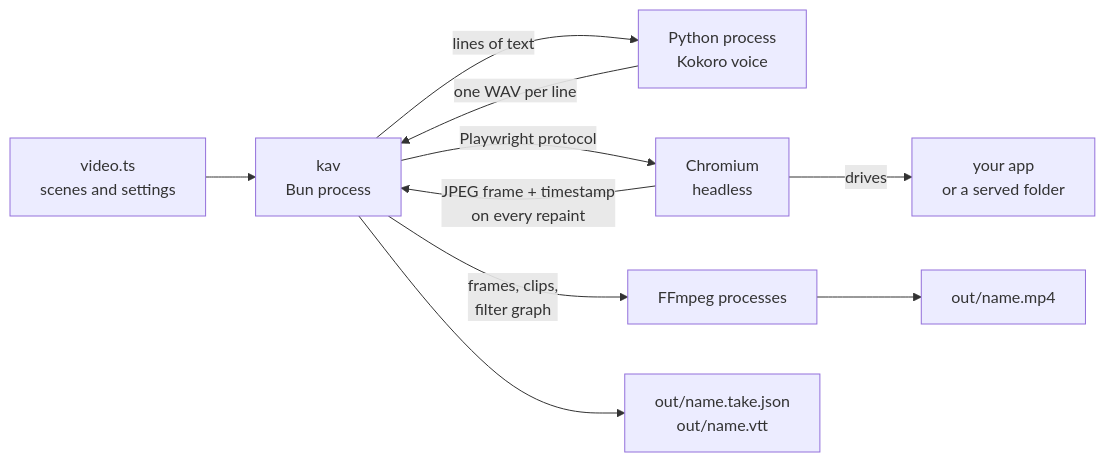
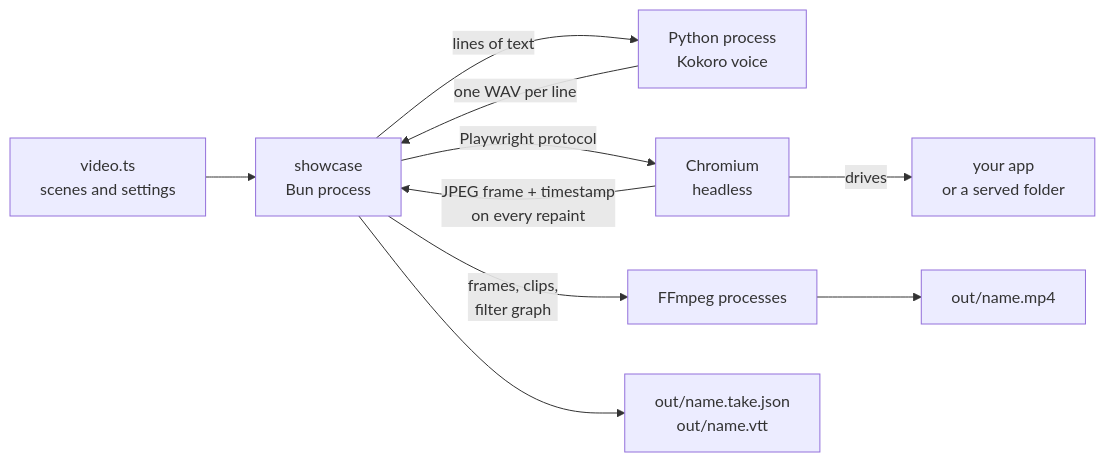
One commit to kwartz-ai/kwartz-showcase changed the first of 4 diagrams in docs/architecture.md. Above: the diagram before and after it, drawn with Mermaid. The commit also changed other lines of this file and 135 other files, not shown here.

````diff
--- a/docs/architecture.md
+++ b/docs/architecture.md
@@ -10,12 +10,12 @@
 ```mermaid
 flowchart LR
-  V[video.ts<br/>scenes and settings] --> K[kav<br/>Bun process]
+  V[video.ts<br/>scenes and settings] --> K[showcase<br/>Bun process]
   K -->|lines of text| P[Python process<br/>Kokoro voice]
   P -->|one WAV per line| K
   K -->|Playwright protocol| B[Chromium<br/>headless]
   B -->|drives| A[your app<br/>or a served folder]
   B -->|JPEG frame + timestamp<br/>on every repaint| K
   K -->|frames, clips,<br/>filter graph| F[FFmpeg processes]
   F --> O[out/name.mp4]
   K --> T[out/name.take.json<br/>out/name.vtt]
 ```
````
